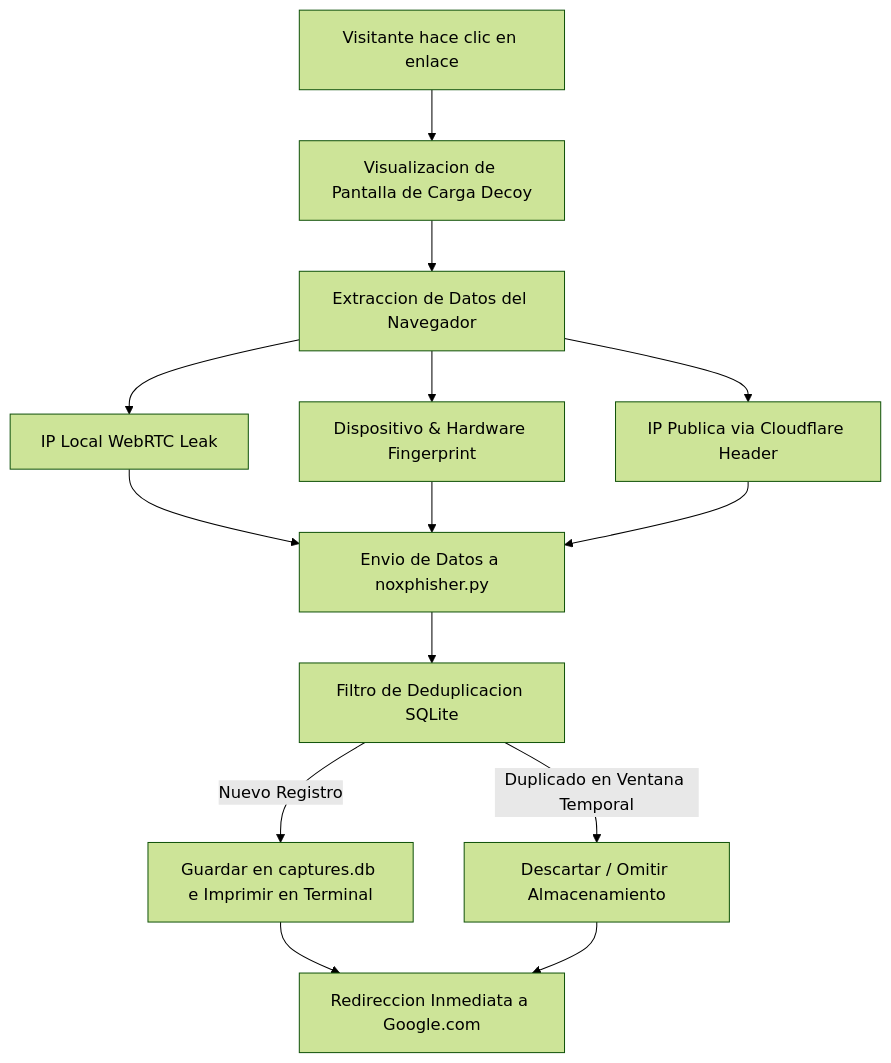
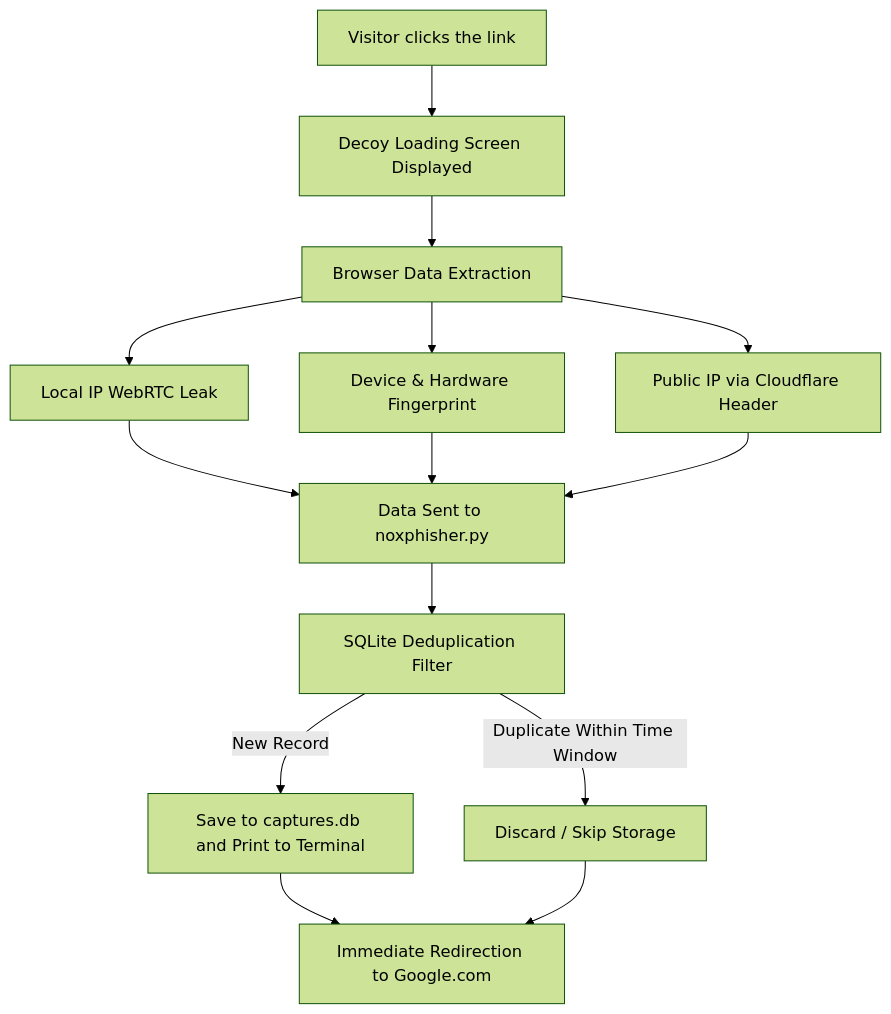
Before and after one commit to Nostraxiten/NoxPhisher: the diagram in README.md, drawn with Mermaid (forest theme). The commit also changed other lines of this file, not shown here.

````diff
--- a/README.md
+++ b/README.md
@@ -27,16 +27,16 @@
 ```mermaid
 graph TD
-    A[Visitante hace clic en enlace] --> B[Visualizacion de Pantalla de Carga Decoy]
-    B --> C[Extraccion de Datos del Navegador]
-    C --> C1[IP Local WebRTC Leak]
-    C --> C2[Dispositivo & Hardware Fingerprint]
-    C --> C3[IP Publica via Cloudflare Header]
+    A[Visitor clicks the link] --> B[Decoy Loading Screen Displayed]
+    B --> C[Browser Data Extraction]
+    C --> C1[Local IP WebRTC Leak]
+    C --> C2[Device & Hardware Fingerprint]
+    C --> C3[Public IP via Cloudflare Header]
     
-    C1 & C2 & C3 --> D[Envio de Datos a noxphisher.py]
-    D --> E[Filtro de Deduplicacion SQLite]
+    C1 & C2 & C3 --> D[Data Sent to noxphisher.py]
+    D --> E[SQLite Deduplication Filter]
     
-    E -->|Nuevo Registro| F[Guardar en captures.db e Imprimir en Terminal]
-    E -->|Duplicado en Ventana Temporal| G[Descartar / Omitir Almacenamiento]
+    E -->|New Record| F[Save to captures.db and Print to Terminal]
+    E -->|Duplicate Within Time Window| G[Discard / Skip Storage]
     
-    F & G --> H[Redireccion Inmediata a Google.com]
+    F & G --> H[Immediate Redirection to Google.com]
 ```
````
